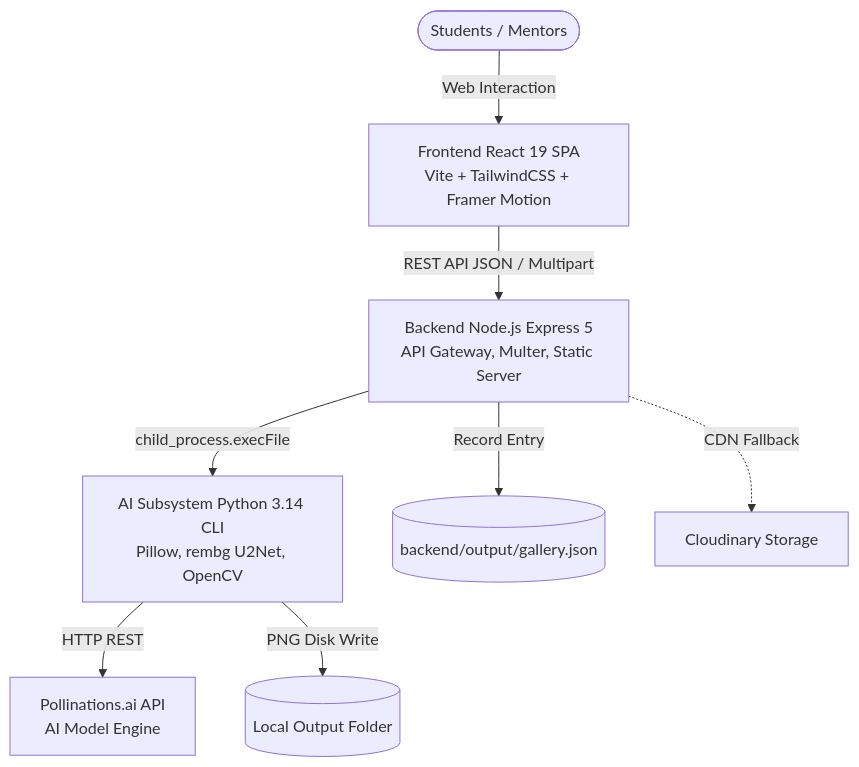
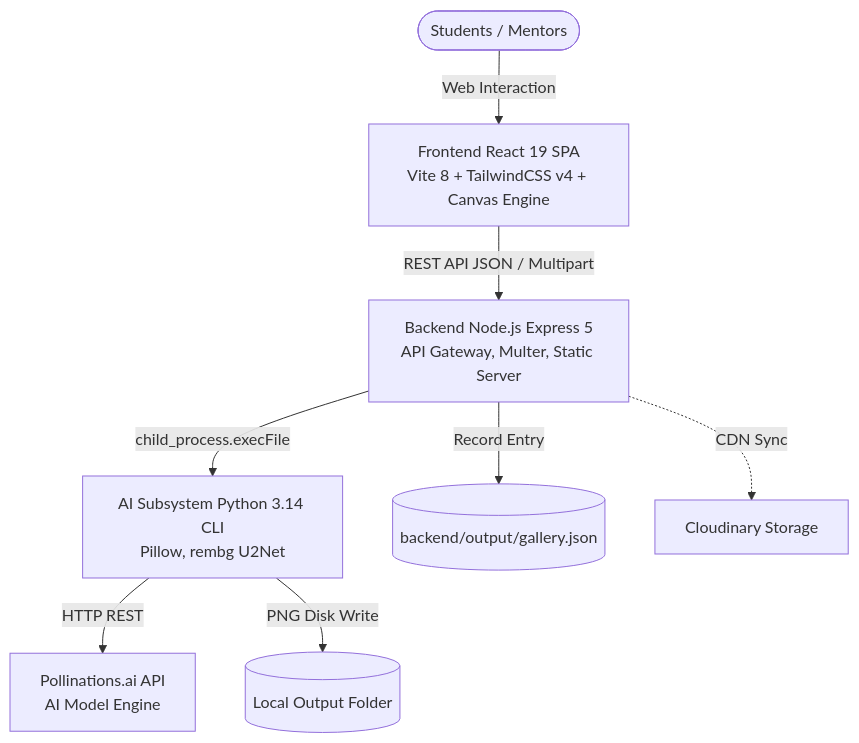
One commit to ThisIsAnhKhoi/MindXAsset changed the diagram in README.en.md. Above: the diagram before and after it, drawn with Mermaid. The commit also changed other lines of this file and 2765 other files, not shown here.

````diff
--- a/README.en.md
+++ b/README.en.md
@@ -63,10 +61,10 @@
 ```mermaid
 graph TD
-    User([Students / Mentors]) -->|Web Interaction| FE[Frontend React 19 SPA<br/>Vite + TailwindCSS + Framer Motion]
+    User([Students / Mentors]) -->|Web Interaction| FE[Frontend React 19 SPA<br/>Vite 8 + TailwindCSS v4 + Canvas Engine]
     FE -->|REST API JSON / Multipart| BE[Backend Node.js Express 5<br/>API Gateway, Multer, Static Server]
-    BE -->|child_process.execFile| PY[AI Subsystem Python 3.14 CLI<br/>Pillow, rembg U2Net, OpenCV]
+    BE -->|child_process.execFile| PY[AI Subsystem Python 3.14 CLI<br/>Pillow, rembg U2Net]
     PY -->|HTTP REST| AI[Pollinations.ai API<br/>AI Model Engine]
     PY -->|PNG Disk Write| Disk[(Local Output Folder)]
     BE -->|Record Entry| GalFile[(backend/output/gallery.json)]
-    BE -.->|CDN Fallback| Cloudinary[Cloudinary Storage]
+    BE -.->|CDN Sync| Cloudinary[Cloudinary Storage]
 ```
````
